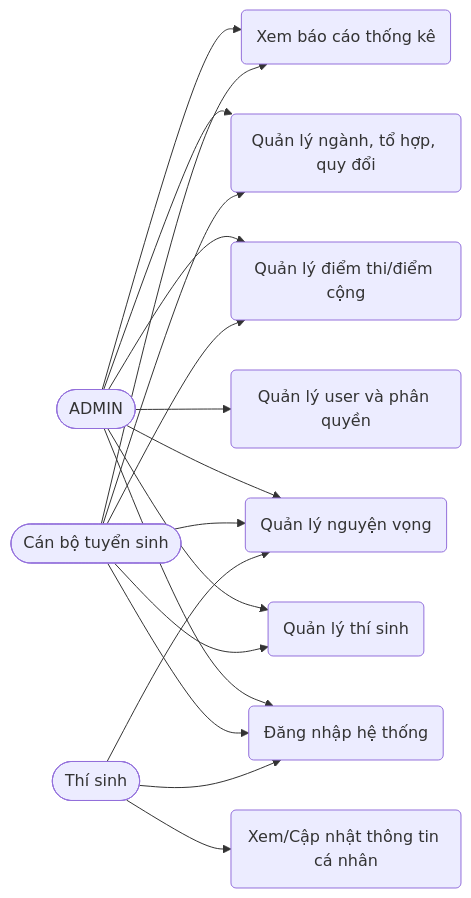
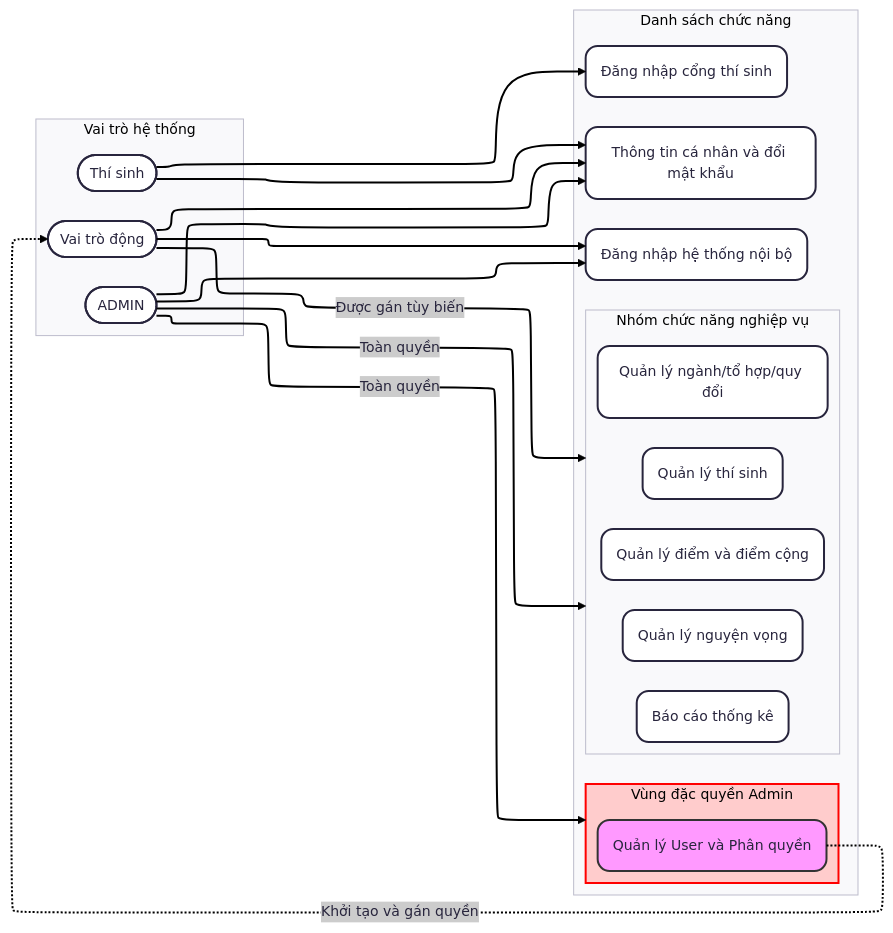
The first of 4 diagrams in docs/prd.md (HaoWasabi/TuVanTuyenSinh), drawn with Mermaid before and after one commit. The commit also changed other lines of this file and 7 other files, not shown here.

Commit message:
docs: add new images and update prd with use case and activity diagrams

````diff
--- a/docs/prd.md
+++ b/docs/prd.md
@@ -97,34 +97,48 @@
 ```mermaid
+---
+config:
+  layout: elk
+  theme: redux
+---
 flowchart LR
+  subgraph Roles [Vai trò hệ thống]
     Admin([ADMIN])
-    Officer([Cán bộ tuyển sinh])
-    Candidate([Thí sinh])
+    OtherRoles([Vai trò động])
+    CandidatePortal([Thí sinh])
+  end
 
-    UC1(Đăng nhập hệ thống)
-    UC2(Quản lý thí sinh)
-    UC3(Quản lý điểm thi/điểm cộng)
-    UC4(Quản lý ngành, tổ hợp, quy đổi)
-    UC5(Quản lý nguyện vọng)
-    UC6(Quản lý user và phân quyền)
-    UC7(Xem báo cáo thống kê)
-    UC8(Xem/Cập nhật thông tin cá nhân)
+  subgraph Actions [Danh sách chức năng]
+    subgraph Admin_Only [Vùng đặc quyền Admin]
+      UC6(Quản lý User và Phân quyền)
+    end
 
-    Admin --> UC1
-    Admin --> UC2
-    Admin --> UC3
-    Admin --> UC4
-    Admin --> UC5
-    Admin --> UC6
-    Admin --> UC7
+    subgraph Business_UCs [Nhóm chức năng nghiệp vụ]
+      UC2(Quản lý thí sinh)
+      UC3(Quản lý điểm và điểm cộng)
+      UC4(Quản lý ngành/tổ hợp/quy đổi)
+      UC5(Quản lý nguyện vọng)
+      UC7(Báo cáo thống kê)
+    end
 
-    Officer --> UC1
-    Officer --> UC2
-    Officer --> UC3
-    Officer --> UC4
-    Officer --> UC5
-    Officer --> UC7
+    UC1A(Đăng nhập hệ thống nội bộ)
+    UC1B(Đăng nhập cổng thí sinh)
+    UC8(Thông tin cá nhân và đổi mật khẩu)
+  end
 
-    Candidate --> UC1
-    Candidate --> UC8
-    Candidate --> UC5
+  Admin -- Toàn quyền --> Admin_Only
+  Admin -- Toàn quyền --> Business_UCs
+  Admin --> UC1A
+
+  OtherRoles -- Được gán tùy biến --> Business_UCs
+  OtherRoles --> UC1A
+
+  CandidatePortal --> UC1B
+  CandidatePortal --> UC8
+  OtherRoles --> UC8
+  Admin --> UC8
+
+  UC6 -. Khởi tạo và gán quyền .-> OtherRoles
+
+  style Admin_Only fill:#ffcccc,stroke:#ff0000,stroke-width:2px
+  style UC6 fill:#f9f,stroke:#333,stroke-width:2px
 ```
````
